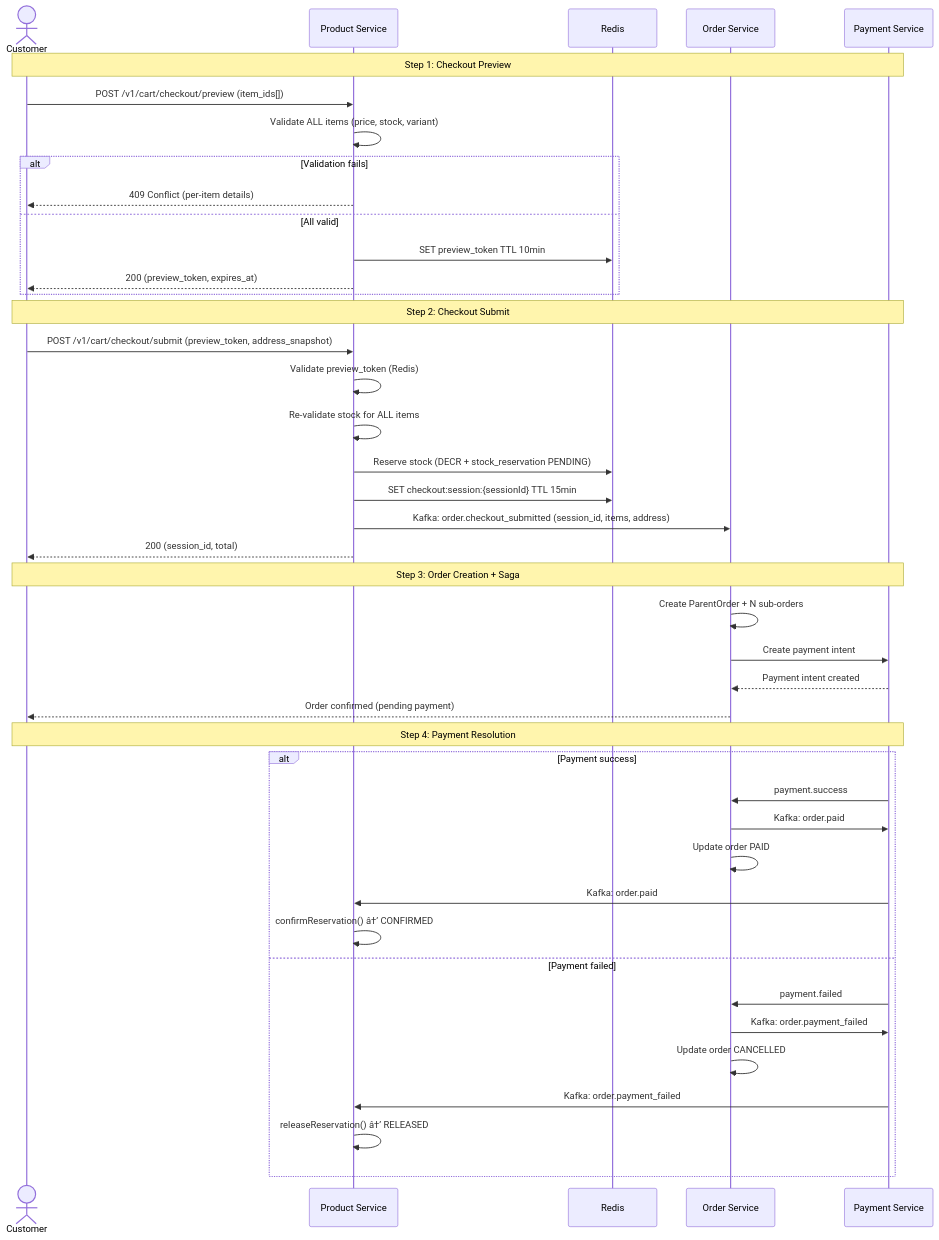
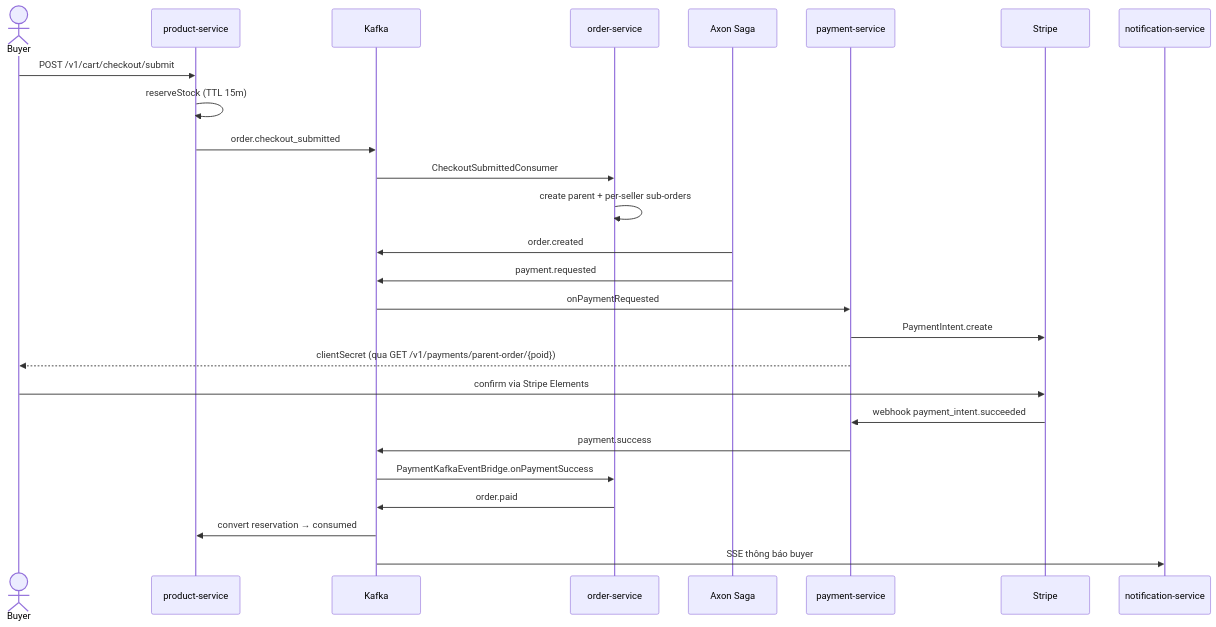
The fifth of 11 diagrams in documents/overview/FLOWS.md (ldqanh1408/stealing-from-paradise), drawn with Mermaid before and after one commit. The commit also changed other lines of this file and 48 other files, not shown here.

````diff
--- a/documents/overview/FLOWS.md
+++ b/documents/overview/FLOWS.md
@@ -181,48 +92,29 @@
 ```mermaid
 sequenceDiagram
-    actor Customer
-    participant PS as Product Service
-    participant Redis
-    participant OS as Order Service
-    participant PayS as Payment Service
+    actor Buyer
+    participant PR as product-service
+    participant K as Kafka
+    participant OR as order-service
+    participant Saga as Axon Saga
+    participant PA as payment-service
+    participant STR as Stripe
+    participant NT as notification-service
 
-    Note over Customer,PayS: Step 1: Checkout Preview
-    Customer->>PS: POST /v1/cart/checkout/preview (item_ids[])
-    PS->>PS: Validate ALL items (price, stock, variant)
-    alt Validation fails
-        PS-->>Customer: 409 Conflict (per-item details)
-    else All valid
-        PS->>Redis: SET preview_token TTL 10min
-        PS-->>Customer: 200 (preview_token, expires_at)
-    end
-
-    Note over Customer,PayS: Step 2: Checkout Submit
-    Customer->>PS: POST /v1/cart/checkout/submit (preview_token, address_snapshot)
-    PS->>PS: Validate preview_token (Redis)
-    PS->>PS: Re-validate stock for ALL items
-    PS->>Redis: Reserve stock (DECR + stock_reservation PENDING)
-    PS->>Redis: SET checkout:session:{sessionId} TTL 15min
-    PS->>OS: Kafka: order.checkout_submitted (session_id, items, address)
-    PS-->>Customer: 200 (session_id, total)
-
-    Note over Customer,PayS: Step 3: Order Creation + Saga
-    OS->>OS: Create ParentOrder + N sub-orders
-    OS->>PayS: Create payment intent
-    PayS-->>OS: Payment intent created
-    OS-->>Customer: Order confirmed (pending payment)
-
-    Note over Customer,PayS: Step 4: Payment Resolution
-    alt Payment success
-        PayS->>OS: payment.success
-        OS->>PayS: Kafka: order.paid
-        OS->>OS: Update order PAID
-        PayS->>PS: Kafka: order.paid
-        PS->>PS: confirmReservation() â†’ CONFIRMED
-    else Payment failed
-        PayS->>OS: payment.failed
-        OS->>PayS: Kafka: order.payment_failed
-        OS->>OS: Update order CANCELLED
-        PayS->>PS: Kafka: order.payment_failed
-        PS->>PS: releaseReservation() â†’ RELEASED
-    end
+    Buyer->>PR: POST /v1/cart/checkout/submit
+    PR->>PR: reserveStock (TTL 15m)
+    PR->>K: order.checkout_submitted
+    K->>OR: CheckoutSubmittedConsumer
+    OR->>OR: create parent + per-seller sub-orders
+    Saga->>K: order.created
+    Saga->>K: payment.requested
+    K->>PA: onPaymentRequested
+    PA->>STR: PaymentIntent.create
+    PA-->>Buyer: clientSecret (qua GET /v1/payments/parent-order/{poid})
+    Buyer->>STR: confirm via Stripe Elements
+    STR->>PA: webhook payment_intent.succeeded
+    PA->>K: payment.success
+    K->>OR: PaymentKafkaEventBridge.onPaymentSuccess
+    OR->>K: order.paid
+    K->>PR: convert reservation → consumed
+    K->>NT: SSE thông báo buyer
 ```
````
